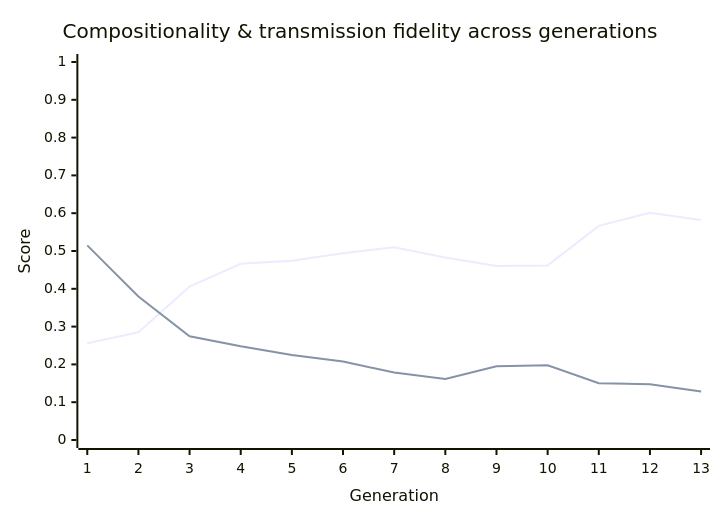
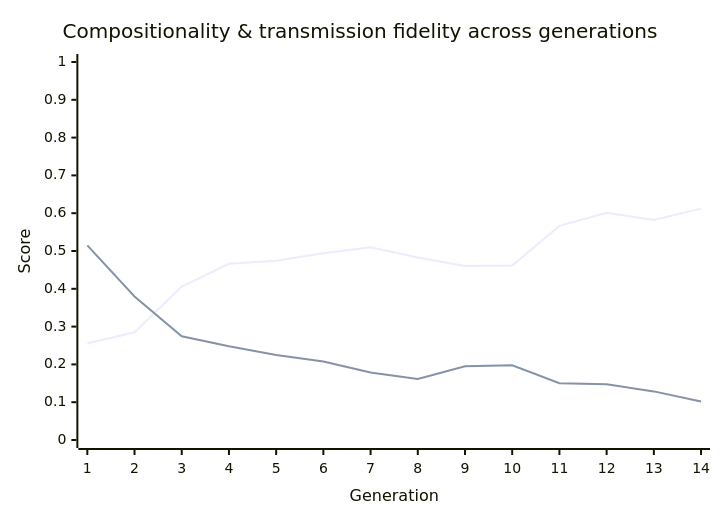
Before and after one commit to nichobbs/traditio: the diagram in metrics/latest-report.md, drawn with Mermaid. The commit also changed other lines of this file and 1 other file, not shown here.

````diff
--- a/metrics/latest-report.md
+++ b/metrics/latest-report.md
@@ -40,8 +40,8 @@
 ```mermaid
 xychart-beta
     title "Compositionality & transmission fidelity across generations"
-    x-axis "Generation" [1, 2, 3, 4, 5, 6, 7, 8, 9, 10, 11, 12, 13]
+    x-axis "Generation" [1, 2, 3, 4, 5, 6, 7, 8, 9, 10, 11, 12, 13, 14]
     y-axis "Score" 0 --> 1
-    line "Compositionality" [0.2559, 0.2849, 0.4060, 0.4663, 0.4745, 0.4941, 0.5099, 0.4826, 0.4603, 0.4619, 0.5665, 0.6011, 0.5822]
-    line "Transmission Fidelity" [0.5148, 0.3796, 0.2746, 0.2481, 0.2251, 0.2074, 0.1785, 0.1615, 0.1949, 0.1977, 0.1504, 0.1472, 0.1286]
+    line "Compositionality" [0.2559, 0.2849, 0.4060, 0.4663, 0.4745, 0.4941, 0.5099, 0.4826, 0.4603, 0.4619, 0.5665, 0.6011, 0.5822, 0.6121]
+    line "Transmission Fidelity" [0.5148, 0.3796, 0.2746, 0.2481, 0.2251, 0.2074, 0.1785, 0.1615, 0.1949, 0.1977, 0.1504, 0.1472, 0.1286, 0.1016]
 ```
````
